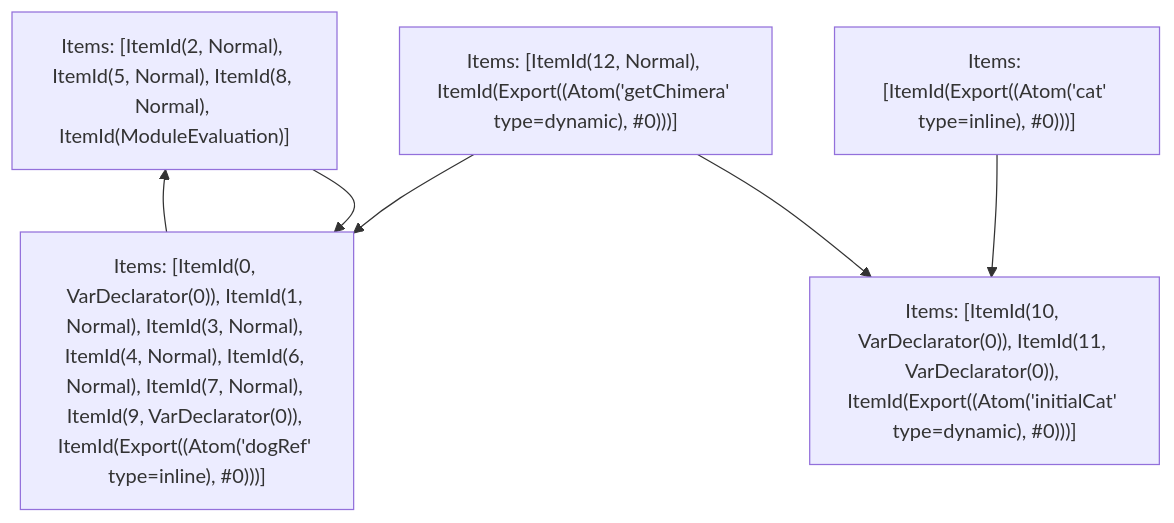
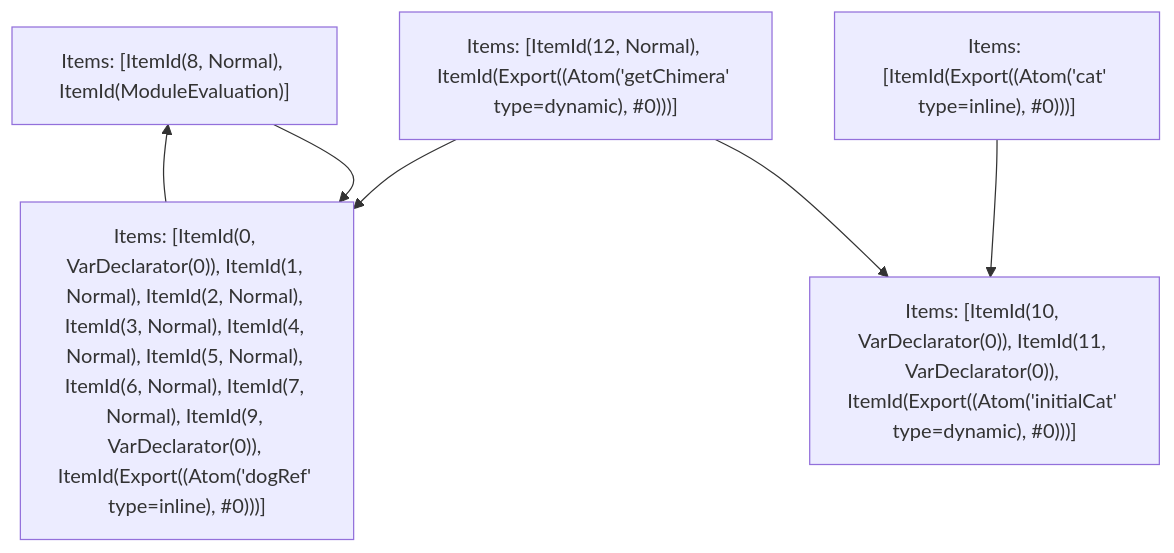
The fifth of 5 diagrams in crates/turbopack-ecmascript/tests/tree-shaker/analyzer/complex/output.md (vercel/turborepo), drawn with Mermaid before and after one commit.

Commit message:
Update test refs

````diff
--- a/crates/turbopack-ecmascript/tests/tree-shaker/analyzer/complex/output.md
+++ b/crates/turbopack-ecmascript/tests/tree-shaker/analyzer/complex/output.md
@@ -373,13 +373,13 @@
 ```mermaid
 graph TD
-    N0["Items: [ItemId(2, Normal), ItemId(5, Normal), ItemId(8, Normal), ItemId(ModuleEvaluation)]"];
-    N1["Items: [ItemId(0, VarDeclarator(0)), ItemId(1, Normal), ItemId(3, Normal), ItemId(4, Normal), ItemId(6, Normal), ItemId(7, Normal), ItemId(9, VarDeclarator(0)), ItemId(Export((Atom('dogRef' type=inline), #0)))]"];
+    N0["Items: [ItemId(8, Normal), ItemId(ModuleEvaluation)]"];
+    N1["Items: [ItemId(0, VarDeclarator(0)), ItemId(1, Normal), ItemId(2, Normal), ItemId(3, Normal), ItemId(4, Normal), ItemId(5, Normal), ItemId(6, Normal), ItemId(7, Normal), ItemId(9, VarDeclarator(0)), ItemId(Export((Atom('dogRef' type=inline), #0)))]"];
     N2["Items: [ItemId(Export((Atom('cat' type=inline), #0)))]"];
     N3["Items: [ItemId(10, VarDeclarator(0)), ItemId(11, VarDeclarator(0)), ItemId(Export((Atom('initialCat' type=dynamic), #0)))]"];
     N4["Items: [ItemId(12, Normal), ItemId(Export((Atom('getChimera' type=dynamic), #0)))]"];
     N0 --> N1;
     N1 --> N0;
     N2 --> N3;
     N4 --> N3;
     N4 --> N1;
 ```
````
